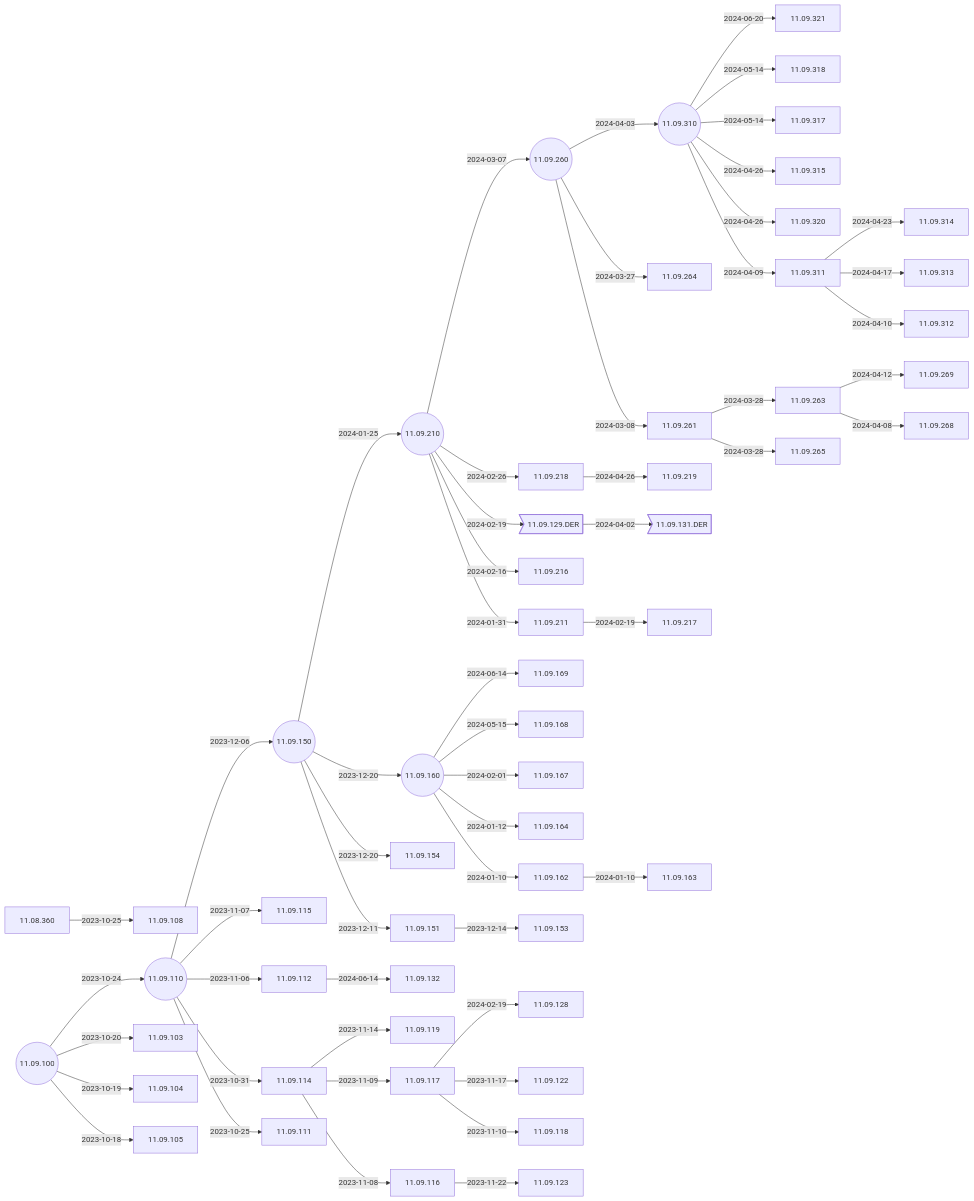
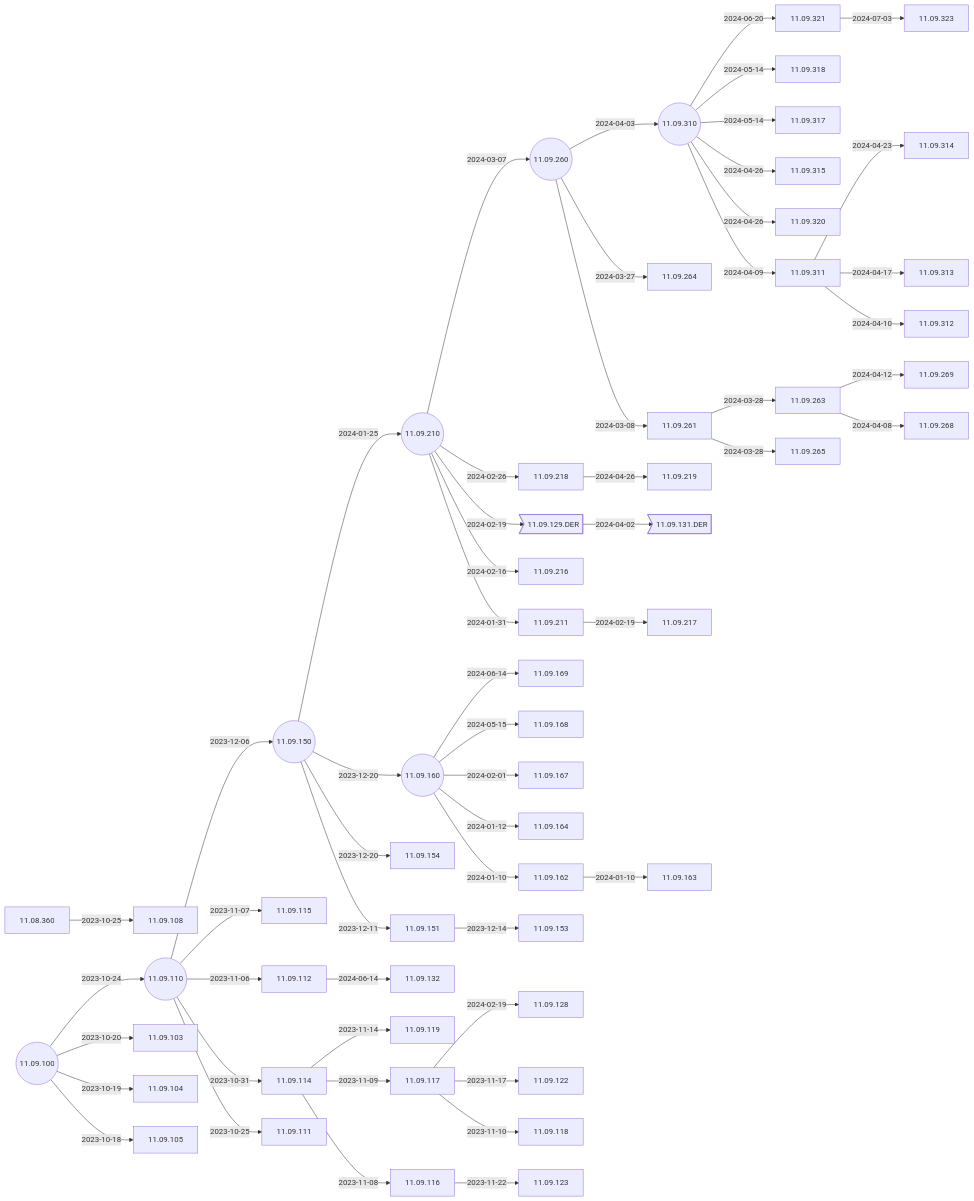
One commit to IGEL-Community/IGEL-Docs-v02 changed the third of 6 diagrams in docs/Docs/ReleaseNotes/01-OS11/README.md. Above: the diagram before and after it, drawn with Mermaid. The commit also changed other lines of this file and 3 other files, not shown here.

````diff
--- a/docs/Docs/ReleaseNotes/01-OS11/README.md
+++ b/docs/Docs/ReleaseNotes/01-OS11/README.md
@@ -71,5 +73,6 @@
 ```mermaid
 flowchart LR
+    11.09.321-- 2024-07-03 -->11.09.323
     11.09.310-- 2024-06-20 -->11.09.321
     11.09.160-- 2024-06-14 -->11.09.169
     11.09.112-- 2024-06-14 -->11.09.132
@@ -124,6 +127,7 @@
     11.09.100-- 2023-10-19 -->11.09.104
     11.09.100-- 2023-10-18 -->11.09.105
     11.09.100((11.09.100))
+    click 11.09.323 "https://github.com/IGEL-Community/IGEL-Docs-v02/tree/main/docs/Docs/ReleaseNotes/01-OS11/readme11.09.323.txt" _blank
     click 11.09.321 "https://github.com/IGEL-Community/IGEL-Docs-v02/tree/main/docs/Docs/ReleaseNotes/01-OS11/readme11.09.321.txt" _blank
     click 11.09.169 "https://github.com/IGEL-Community/IGEL-Docs-v02/tree/main/docs/Docs/ReleaseNotes/01-OS11/readme11.09.169.txt" _blank
     click 11.09.132 "https://github.com/IGEL-Community/IGEL-Docs-v02/tree/main/docs/Docs/ReleaseNotes/01-OS11/readme11.09.132.txt" _blank
````
